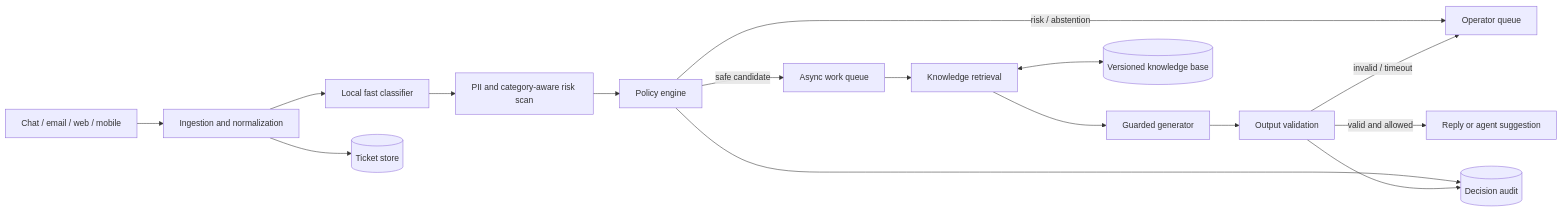
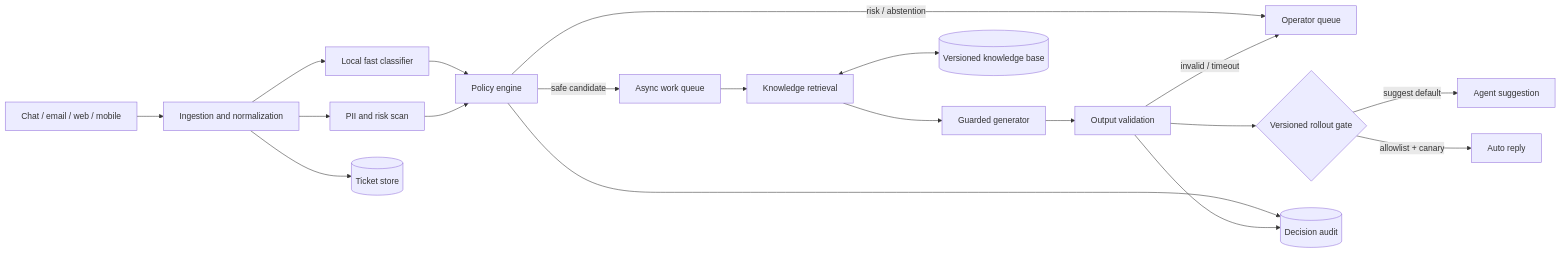
Before and after one commit to mtKepochka/ITMO_TASK2: the diagram in docs/architecture.md, drawn with Mermaid. The commit also changed other lines of this file and 39 other files, not shown here.

````diff
--- a/docs/architecture.md
+++ b/docs/architecture.md
@@ -13,18 +12,21 @@
 ```mermaid
 flowchart LR
     C[Chat / email / web / mobile] --> I[Ingestion and normalization]
     I --> M[Local fast classifier]
-    M --> R[PII and category-aware risk scan]
-    R --> P[Policy engine]
+    I --> R[PII and risk scan]
+    M --> P[Policy engine]
+    R --> P
     P -->|risk / abstention| O[Operator queue]
     P -->|safe candidate| Q[Async work queue]
     Q --> K[Knowledge retrieval]
     K --> G[Guarded generator]
     G --> V[Output validation]
-    V -->|valid and allowed| A[Reply or agent suggestion]
+    V --> RG{Versioned rollout gate}
+    RG -->|suggest default| S[Agent suggestion]
+    RG -->|allowlist + canary| A[Auto reply]
     V -->|invalid / timeout| O
     K <--> KB[(Versioned knowledge base)]
     I --> D[(Ticket store)]
     P --> U[(Decision audit)]
     V --> U
 ```
````
